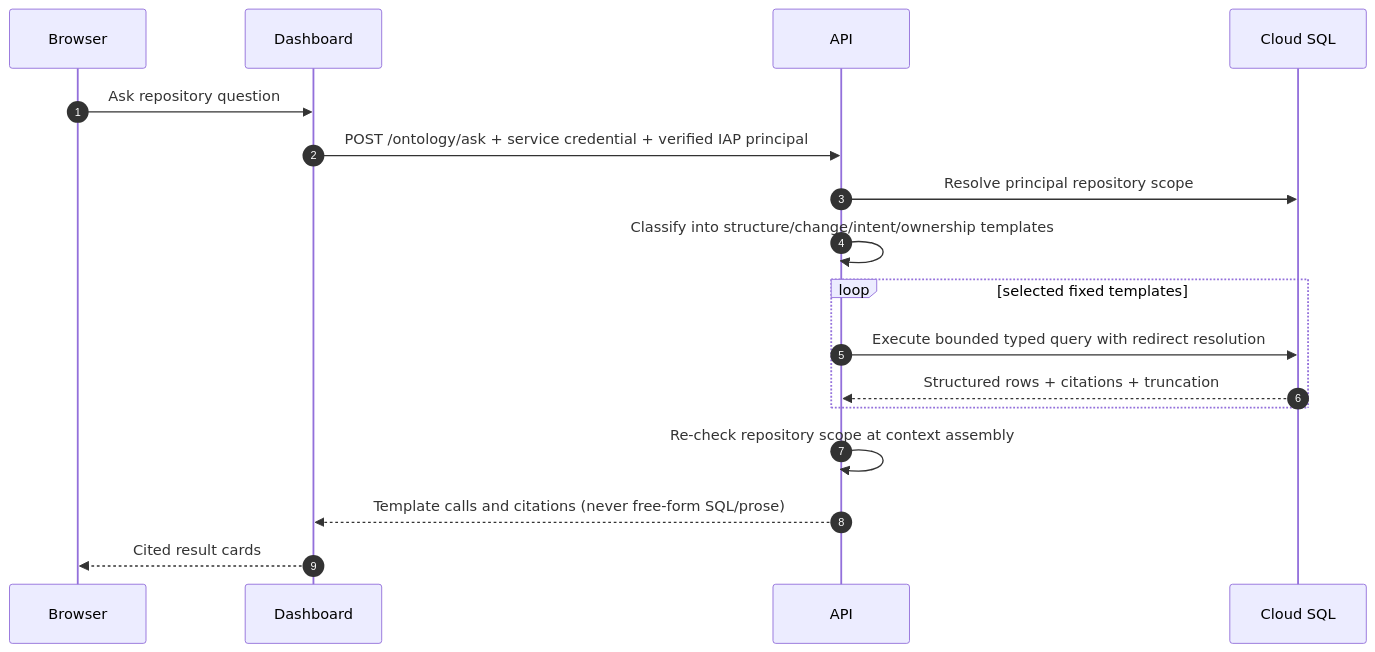
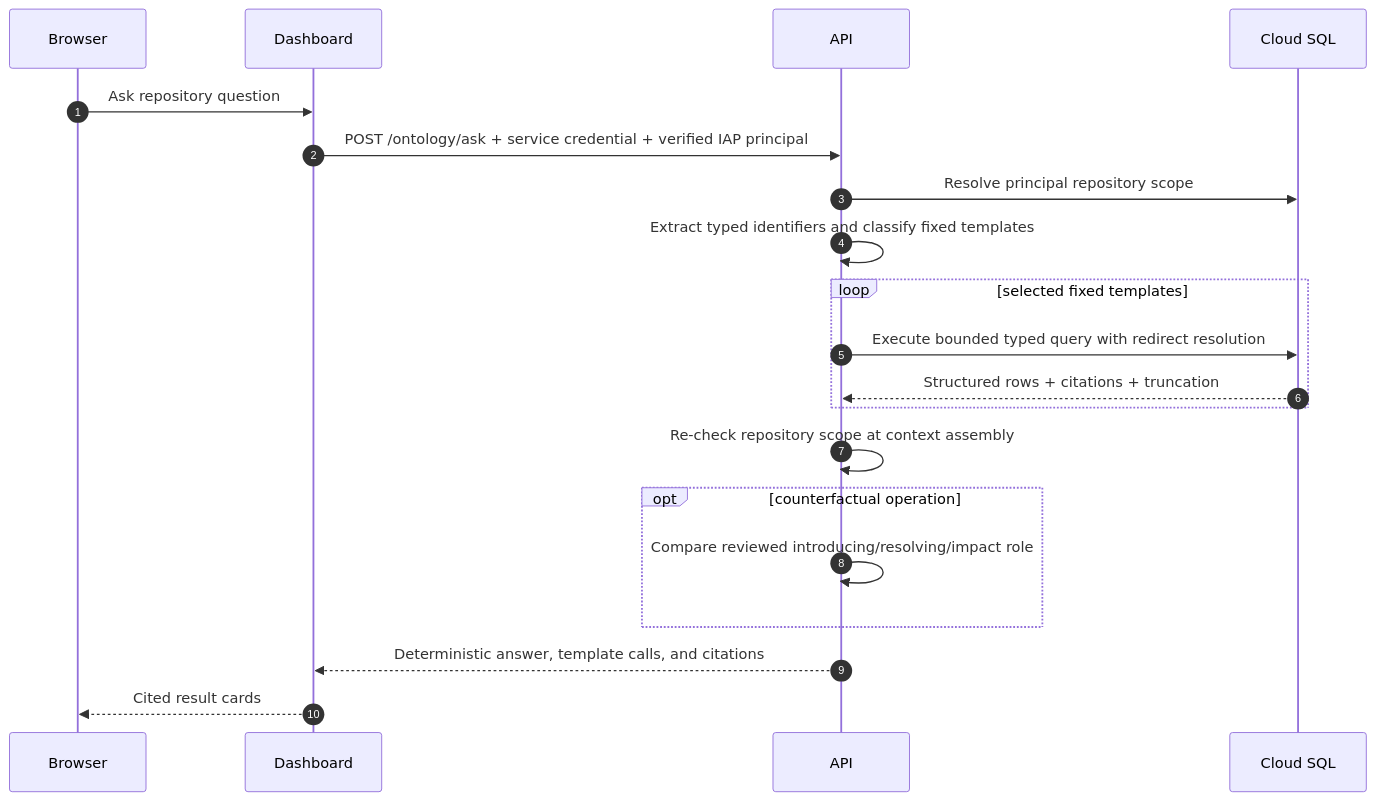
One commit to keon/jina-context-wiki-e2e-20260808 changed the fourth of 6 diagrams in docs/SEQUENCE_DIAGRAM.md. Above: the diagram before and after it, drawn with Mermaid. The commit also changed other lines of this file and 51 other files, not shown here.

First line of the commit message:
Align ontology pipeline with architecture v5.1 (#35)

````diff
--- a/docs/SEQUENCE_DIAGRAM.md
+++ b/docs/SEQUENCE_DIAGRAM.md
@@ -130,20 +135,23 @@
 ```mermaid
 sequenceDiagram
     autonumber
     participant Browser
     participant Dashboard
     participant API
     participant DB as Cloud SQL
 
     Browser->>Dashboard: Ask repository question
     Dashboard->>API: POST /ontology/ask + service credential + verified IAP principal
     API->>DB: Resolve principal repository scope
-    API->>API: Classify into structure/change/intent/ownership templates
+    API->>API: Extract typed identifiers and classify fixed templates
     loop selected fixed templates
         API->>DB: Execute bounded typed query with redirect resolution
         DB-->>API: Structured rows + citations + truncation
     end
     API->>API: Re-check repository scope at context assembly
-    API-->>Dashboard: Template calls and citations (never free-form SQL/prose)
+    opt counterfactual operation
+        API->>API: Compare reviewed introducing/resolving/impact role
+    end
+    API-->>Dashboard: Deterministic answer, template calls, and citations
     Dashboard-->>Browser: Cited result cards
 ```
````
